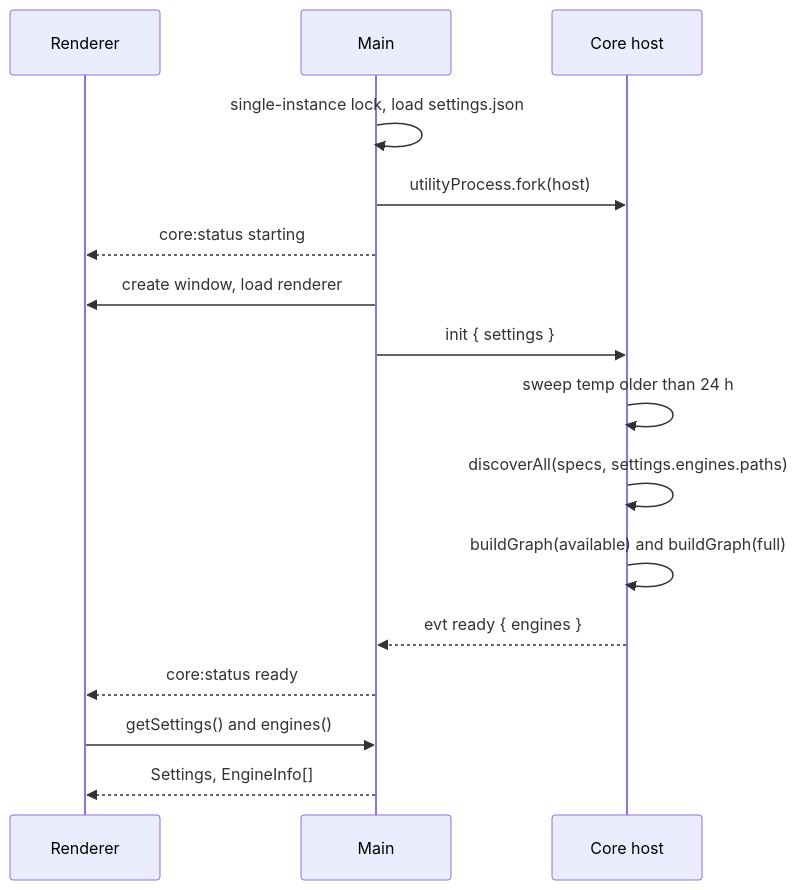
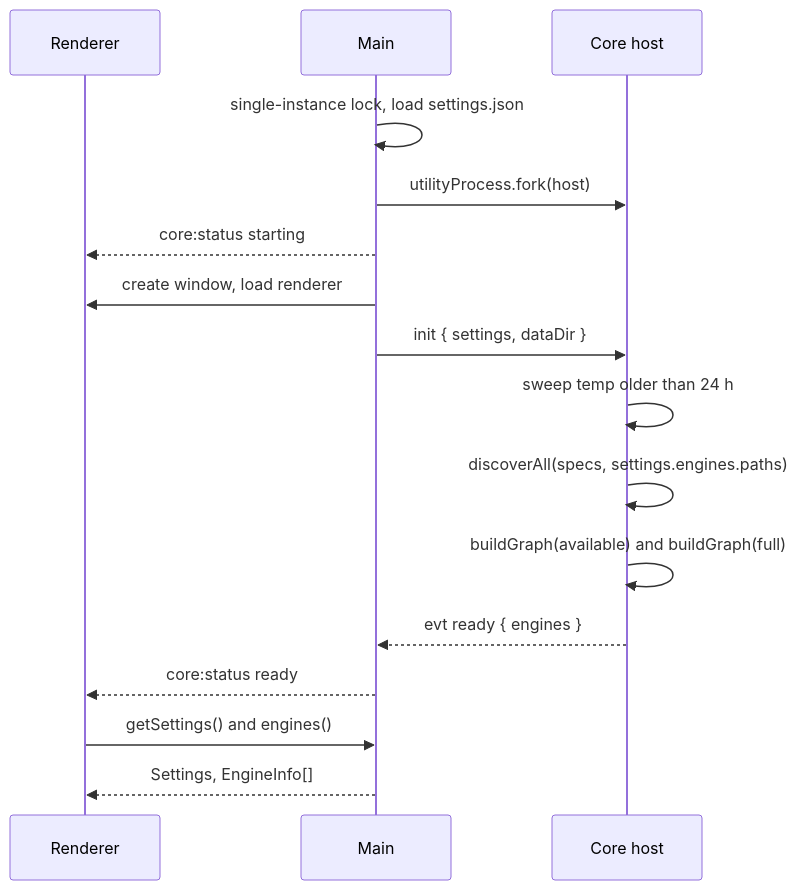
The fourth of 19 diagrams in docs/FLOWS.md (Anuragvish22/FileCon), drawn with Mermaid before and after one commit. The commit also changed other lines of this file and 29 other files, not shown here.

````diff
--- a/docs/FLOWS.md
+++ b/docs/FLOWS.md
@@ -55,18 +55,18 @@
 ```mermaid
 sequenceDiagram
   participant Renderer
   participant Main
   participant Core as Core host
   Main->>Main: single-instance lock, load settings.json
   Main->>Core: utilityProcess.fork(host)
   Main-->>Renderer: core:status starting
   Main->>Renderer: create window, load renderer
-  Main->>Core: init { settings }
+  Main->>Core: init { settings, dataDir }
   Core->>Core: sweep temp older than 24 h
   Core->>Core: discoverAll(specs, settings.engines.paths)
   Core->>Core: buildGraph(available) and buildGraph(full)
   Core-->>Main: evt ready { engines }
   Main-->>Renderer: core:status ready
   Renderer->>Main: getSettings() and engines()
   Main-->>Renderer: Settings, EngineInfo[]
 ```
````
